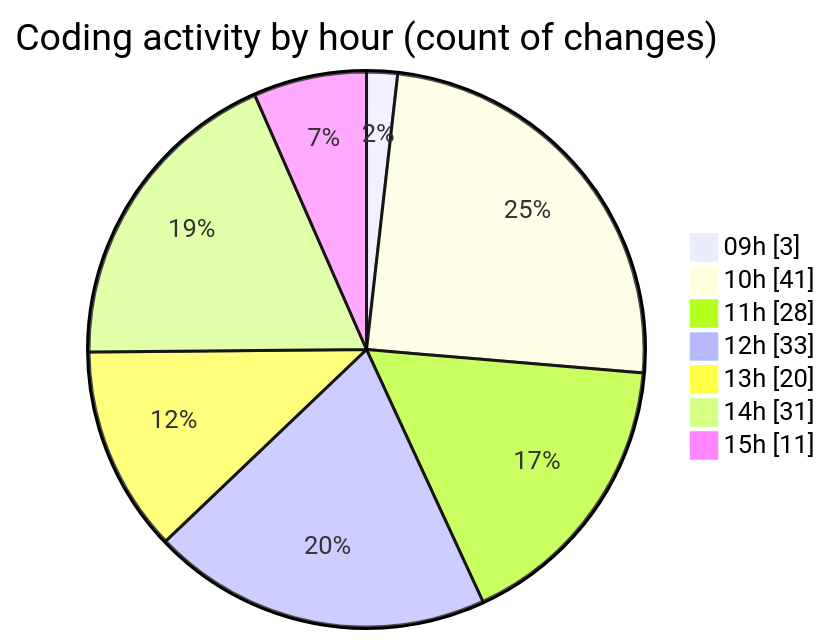
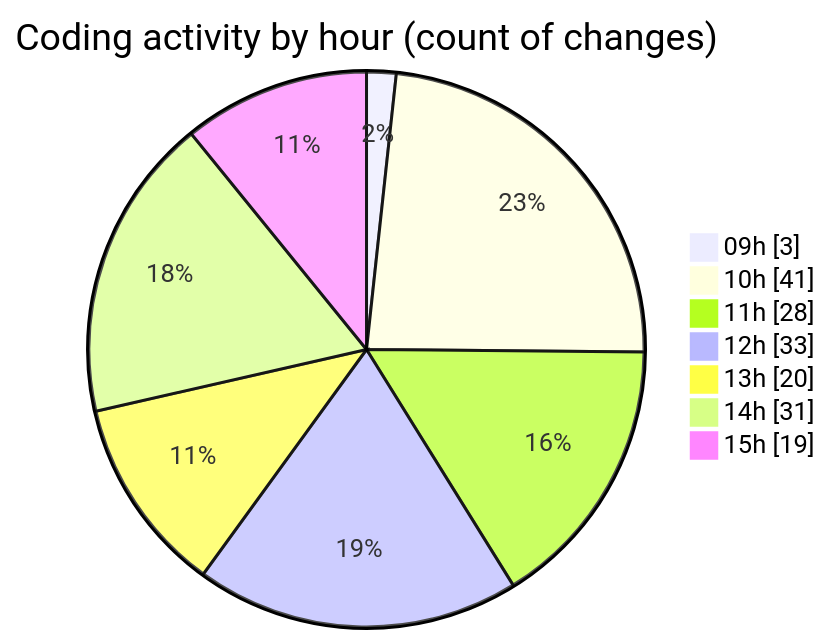
One commit to CELIANVF/code-tracking changed the second of 2 diagrams in 2025-05-19/ecodeli-1/README.md. Above: the diagram before and after it, drawn with Mermaid. The commit also changed other lines of this file and 1 other file, not shown here.

````diff
--- a/2025-05-19/ecodeli-1/README.md
+++ b/2025-05-19/ecodeli-1/README.md
@@ -74,11 +77,11 @@
 ```mermaid
 pie showData
 title Coding activity by hour (count of changes)
 "09h" : 3
 "10h" : 41
 "11h" : 28
 "12h" : 33
 "13h" : 20
 "14h" : 31
-"15h" : 11
+"15h" : 19
 ```
````
